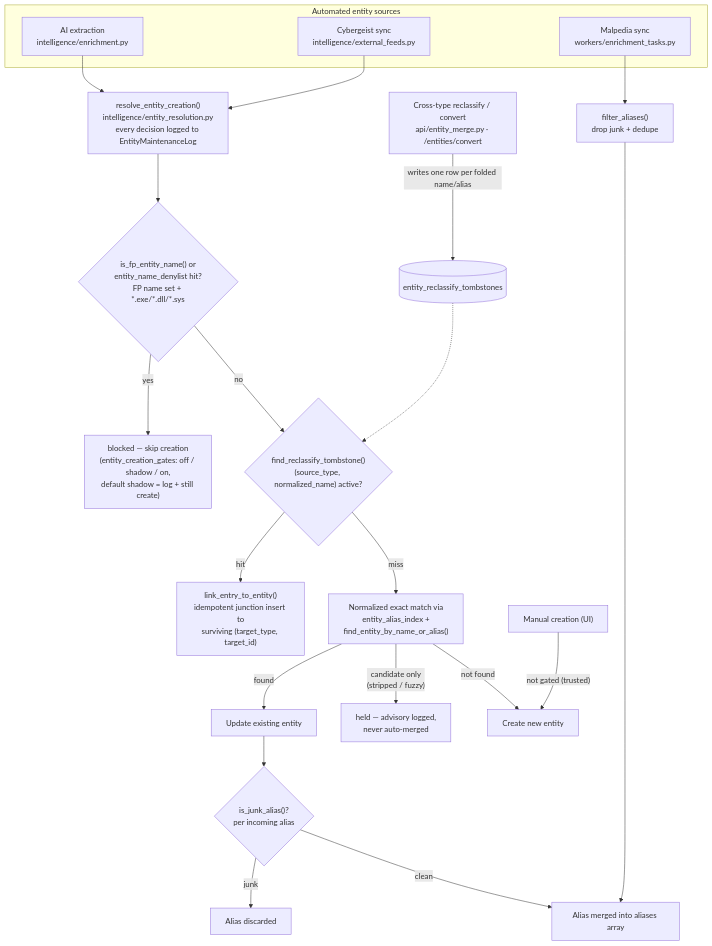
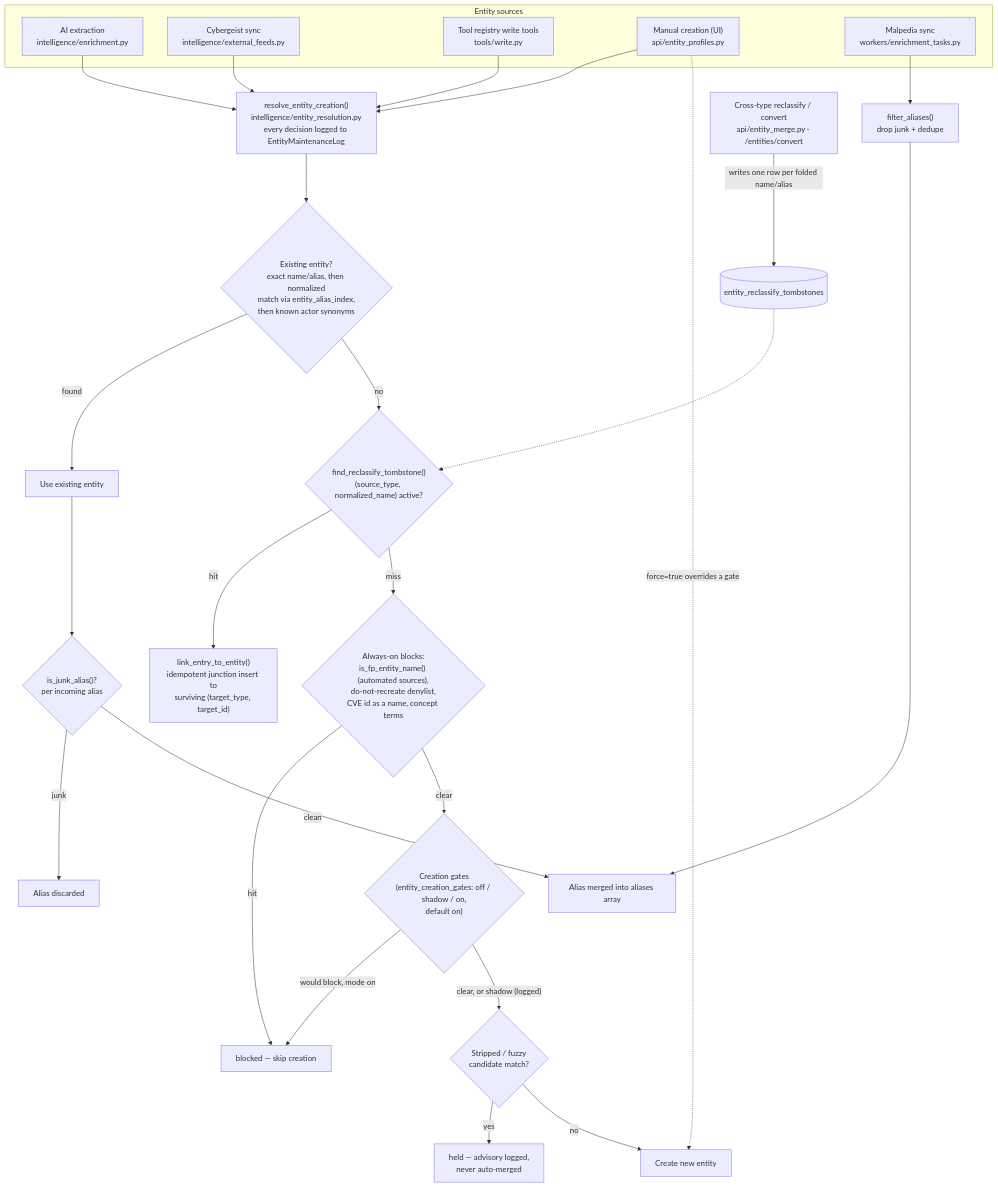
One commit to a-oneil/IntelFeed changed the diagram in docs/diagrams/intelligence-engine-entity-creation-guards.md. Above: the diagram before and after it, drawn with Mermaid. The commit also changed other lines of this file and 101 other files, not shown here.

````diff
--- a/docs/diagrams/intelligence-engine-entity-creation-guards.md
+++ b/docs/diagrams/intelligence-engine-entity-creation-guards.md
@@ -3,30 +5,38 @@
 ```mermaid
 flowchart TD
-    subgraph sources [Automated entity sources]
+    subgraph sources [Entity sources]
         AI["AI extraction<br/>intelligence/enrichment.py"]
         CG["Cybergeist sync<br/>intelligence/external_feeds.py"]
+        CLI["Tool registry write tools<br/>tools/write.py"]
+        MANUAL["Manual creation (UI)<br/>api/entity_profiles.py"]
         MP["Malpedia sync<br/>workers/enrichment_tasks.py"]
     end
 
     AI --> RES["resolve_entity_creation()<br/>intelligence/entity_resolution.py<br/>every decision logged to EntityMaintenanceLog"]
     CG --> RES
-    RES --> FP{"is_fp_entity_name() or<br/>entity_name_denylist hit?<br/>FP name set + *.exe/*.dll/*.sys"}
-    FP -- yes --> DROP1["blocked — skip creation<br/>(entity_creation_gates: off / shadow / on,<br/>default shadow = log + still create)"]
-    FP -- no --> TOMB{"find_reclassify_tombstone()<br/>(source_type, normalized_name) active?"}
+    CLI --> RES
+    MANUAL --> RES
+
+    RES --> MATCH{"Existing entity?<br/>exact name/alias, then normalized<br/>match via entity_alias_index,<br/>then known actor synonyms"}
+    MATCH -- found --> MERGE[Use existing entity]
+    MATCH -- no --> TOMB{"find_reclassify_tombstone()<br/>(source_type, normalized_name) active?"}
     TOMB -- hit --> LINK["link_entry_to_entity()<br/>idempotent junction insert to<br/>surviving (target_type, target_id)"]
-    TOMB -- miss --> DEDUP["Normalized exact match via<br/>entity_alias_index +<br/>find_entity_by_name_or_alias()"]
-    DEDUP -- found --> MERGE[Update existing entity]
-    DEDUP -- "candidate only<br/>(stripped / fuzzy)" --> HELD["held — advisory logged,<br/>never auto-merged"]
-    DEDUP -- not found --> CREATE[Create new entity]
+    TOMB -- miss --> JUNK{"Always-on blocks:<br/>is_fp_entity_name() (automated sources),<br/>do-not-recreate denylist,<br/>CVE id as a name, concept terms"}
+    JUNK -- hit --> DROP1["blocked — skip creation"]
+    JUNK -- clear --> GATES{"Creation gates<br/>(entity_creation_gates: off / shadow / on,<br/>default on)"}
+    GATES -- "would block, mode on" --> DROP1
+    GATES -- "clear, or shadow (logged)" --> CAND{"Stripped / fuzzy<br/>candidate match?"}
+    CAND -- yes --> HELD["held — advisory logged,<br/>never auto-merged"]
+    CAND -- no --> CREATE[Create new entity]
+
+    MANUAL -. "force=true overrides a gate" .-> CREATE
 
     MERGE --> ALIAS{"is_junk_alias()?<br/>per incoming alias"}
     MP --> FILT["filter_aliases()<br/>drop junk + dedupe"]
     ALIAS -- junk --> DROP2[Alias discarded]
     ALIAS -- clean --> STORE[Alias merged into aliases array]
     FILT --> STORE
 
     RECLASS["Cross-type reclassify / convert<br/>api/entity_merge.py · /entities/convert"] -- "writes one row per folded name/alias" --> TSTONE[("entity_reclassify_tombstones")]
     TSTONE -.-> TOMB
-
-    MANUAL["Manual creation (UI)"] -- "not gated (trusted)" --> CREATE
 ```
````
